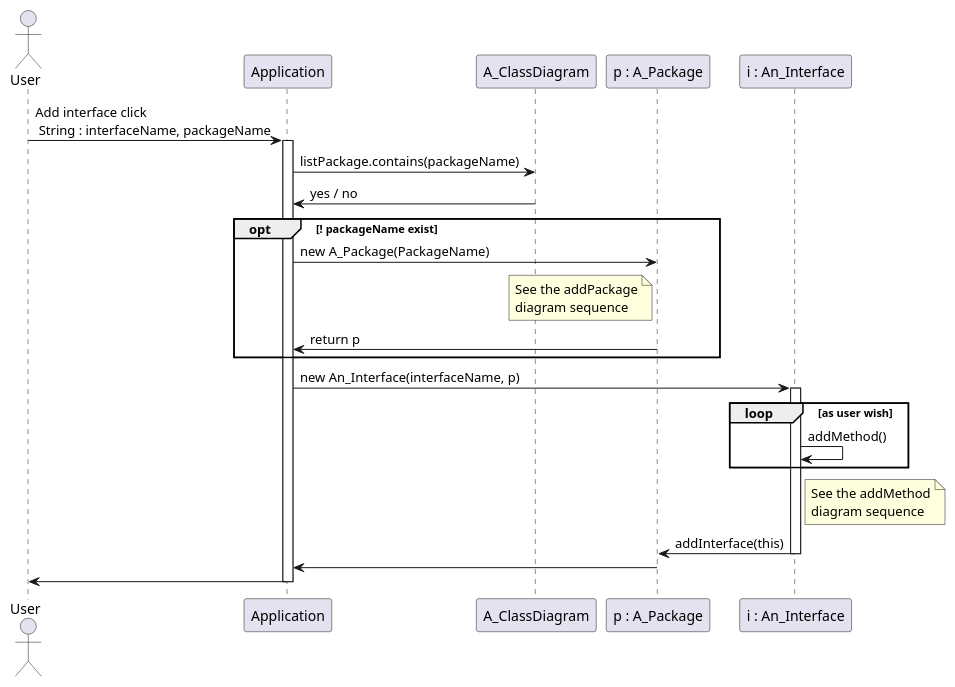
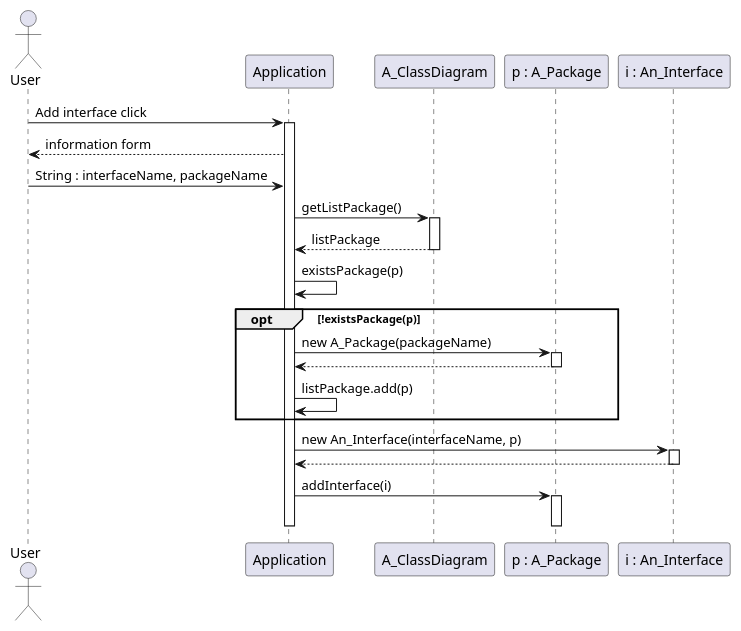
The diagram in src/com/github/tomap/uml/conception/sequenceDiagrams/addInterface.puml (Phalexei/Modeleur), drawn with PlantUML before and after one commit. The commit also changed 8 other files, not shown here.

Commit message:
Travail des diagrammes de séquences de conception

```diff
--- a/src/com/github/tomap/uml/conception/sequenceDiagrams/addInterface.puml
+++ b/src/com/github/tomap/uml/conception/sequenceDiagrams/addInterface.puml
@@ -1,42 +1,40 @@
 @startuml
 
     actor User as u
     participant Application as a
     participant A_ClassDiagram as Cd
     participant "p : A_Package" as p
     participant "i : An_Interface" as i
 
-	u -> a: Add interface click\n String : interfaceName, packageName
-	activate a
+	u -> a: Add interface click
+        activate a
+        a --> u: information form
+        u -> a: String : interfaceName, packageName
 
-	a -> Cd: listPackage.contains(packageName)
-	Cd -> a: yes / no
+	a -> Cd: getListPackage()
+        activate Cd
+	Cd --> a: listPackage
+        deactivate Cd
 
-	opt ! packageName exist
-		a -> p: new A_Package(PackageName)
-		note left of p
-	    	See the addPackage
-	    	diagram sequence
-	    end note
-	    p -> a: return p
+        a -> a: existsPackage(p)
+
+	opt !existsPackage(p)
+            a -> p: new A_Package(packageName)
+            activate p
+            p --> a
+            deactivate p
+            a -> a: listPackage.add(p)
 	end
 
 	a -> i: new An_Interface(interfaceName, p)
 	activate i
 
-	loop as user wish
-		i -> i: addMethod()
-	end
-	note right of i
-    	See the addMethod
-    	diagram sequence
-    end note
-
-	i -> p: addInterface(this)
+	i --> a
 	deactivate i
 
-	p -> a:
-	a -> u:
+        a -> p: addInterface(i)
+        activate p
+        deactivate p
 	deactivate a
 
 @enduml
```
